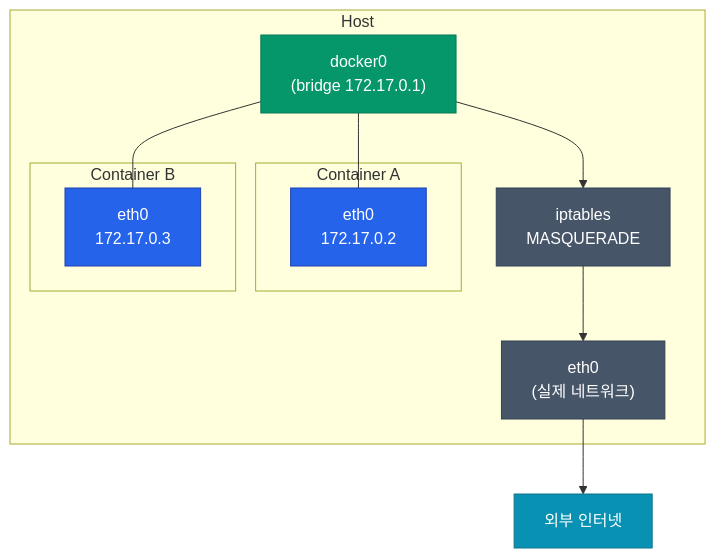
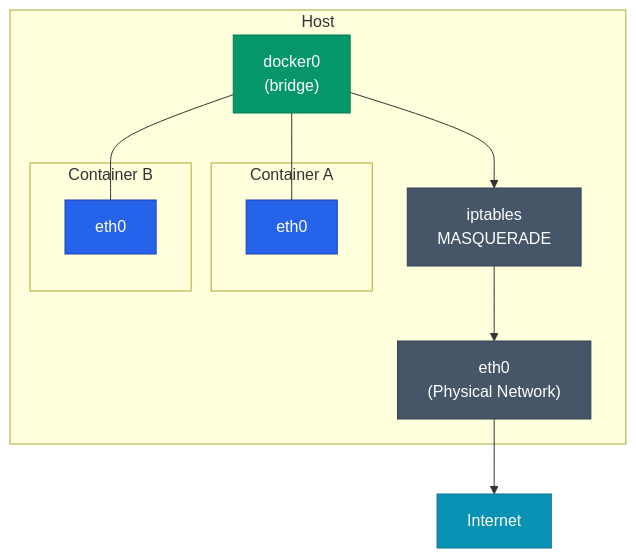
Before and after one commit to No1Joon/No1Joon.github.io: the first of 3 diagrams in _posts/container-orchestration/2026-04-20-docker-02-networking.md, drawn with Mermaid. The commit also changed other lines of this file and 15 other files, not shown here.

````diff
--- a/_posts/container-orchestration/2026-04-20-docker-02-networking.md
+++ b/_posts/container-orchestration/2026-04-20-docker-02-networking.md
@@ -28,33 +28,33 @@
 ```mermaid
 flowchart TB
     subgraph host ["Host"]
-        ETH["eth0<br/>(실제 네트워크)"]
+        ETH["eth0<br/>(Physical Network)"]
         NAT["iptables<br/>MASQUERADE"]
-        DOCKER0["docker0<br/>(bridge 172.17.0.1)"]
+        DOCKER0["docker0<br/>(bridge)"]
 
         subgraph c1 ["Container A"]
-            ETH_A["eth0<br/>172.17.0.2"]
+            ETH_A["eth0"]
         end
         subgraph c2 ["Container B"]
-            ETH_B["eth0<br/>172.17.0.3"]
+            ETH_B["eth0"]
         end
 
         DOCKER0 --- ETH_A
         DOCKER0 --- ETH_B
         DOCKER0 --> NAT
         NAT --> ETH
     end
 
-    EXT["외부 인터넷"]
+    EXT["Internet"]
     ETH --> EXT
 
-    classDef host_style fill:#475569,stroke:#334155,color:#ffffff
-    classDef container fill:#2563eb,stroke:#1e40af,color:#ffffff
-    classDef bridge fill:#059669,stroke:#047857,color:#ffffff
-    classDef external fill:#0891b2,stroke:#0e7490,color:#ffffff
+    classDef primary fill:#2563eb,stroke:#1e40af,color:#ffffff
+    classDef success fill:#059669,stroke:#047857,color:#ffffff
+    classDef neutral fill:#475569,stroke:#334155,color:#ffffff
+    classDef info fill:#0891b2,stroke:#0e7490,color:#ffffff
 
-    class ETH,NAT host_style
-    class ETH_A,ETH_B container
-    class DOCKER0 bridge
-    class EXT external
+    class ETH,NAT neutral
+    class ETH_A,ETH_B primary
+    class DOCKER0 success
+    class EXT info
 ```
````
